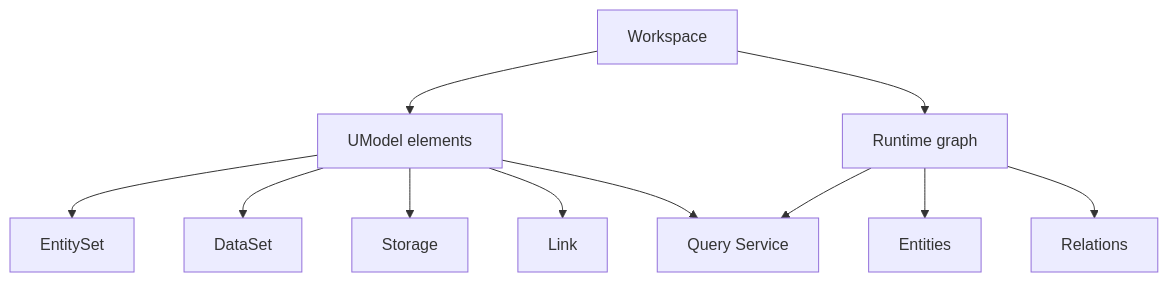
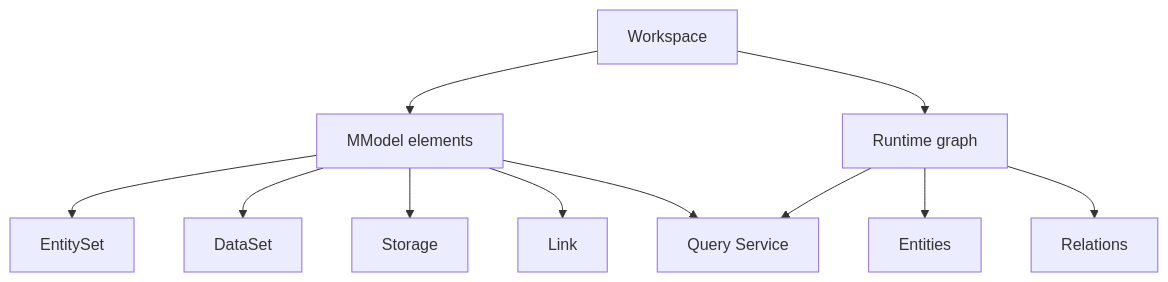
One commit to lichaoaaron/UnifiedModel changed the diagram in docs/zh/learning-guide/core-concepts.md. Above: the diagram before and after it, drawn with Mermaid. The commit also changed other lines of this file and 765 other files, not shown here.

````diff
--- a/docs/zh/learning-guide/core-concepts.md
+++ b/docs/zh/learning-guide/core-concepts.md
@@ -15,13 +15,13 @@
 ```mermaid
 flowchart TD
-  WS["Workspace"] --> UM["UModel elements"]
+  WS["Workspace"] --> UM["MModel elements"]
   WS --> RT["Runtime graph"]
   UM --> ES["EntitySet"]
   UM --> DS["DataSet"]
   UM --> ST["Storage"]
   UM --> LK["Link"]
   RT --> EN["Entities"]
   RT --> RL["Relations"]
   UM --> QS["Query Service"]
   RT --> QS
 ```
````
